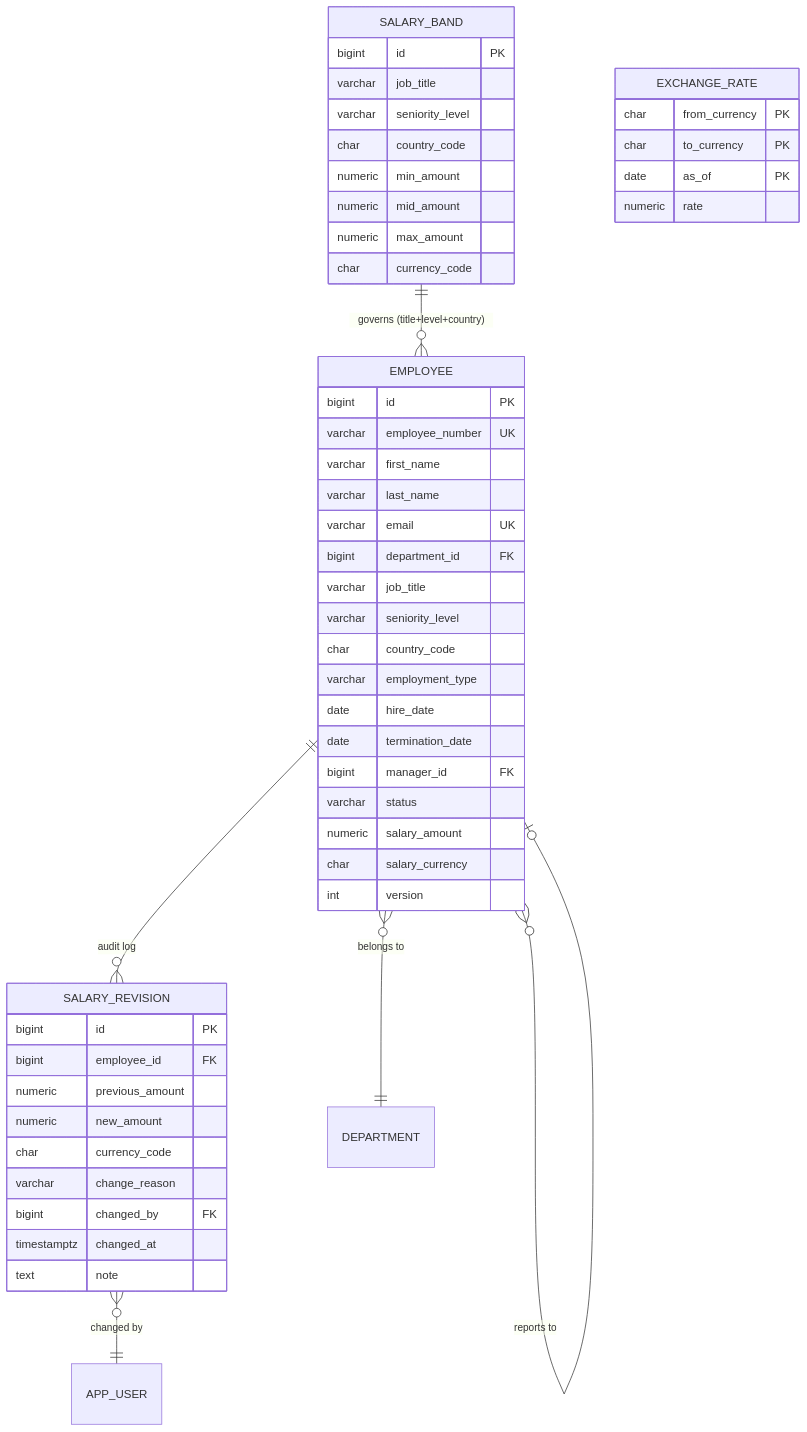
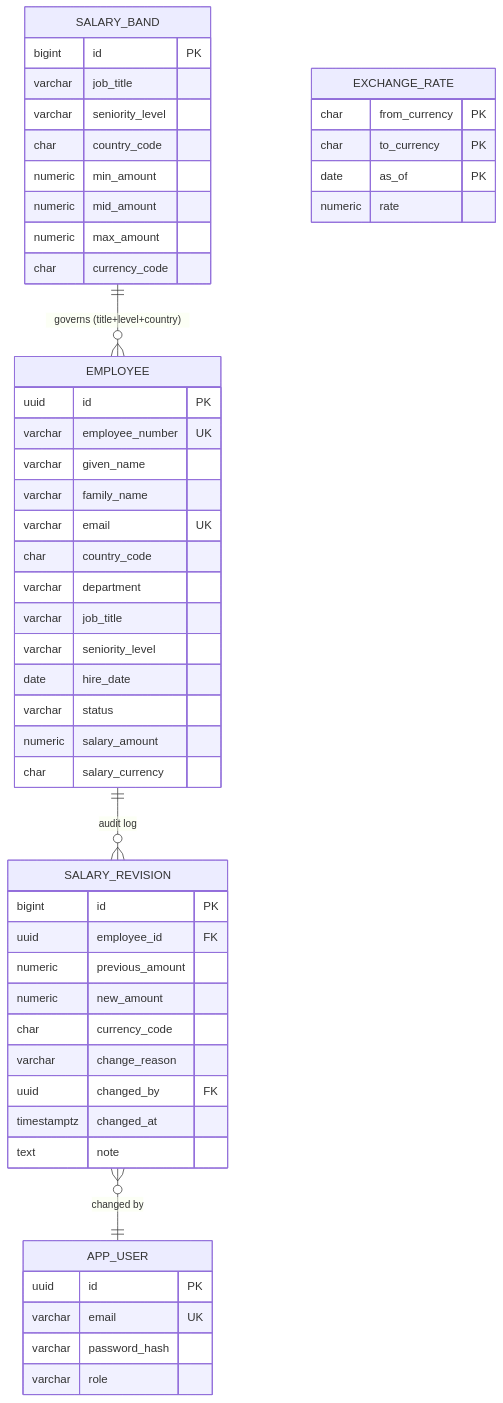
Before and after one commit to Ram-mane/Incubyte-Engineering-Assessment: the diagram in docs/05-DATA-MODEL.md, drawn with Mermaid. The commit also changed other lines of this file and 11 other files, not shown here.

First line of the commit message:
feat: add employee schema

````diff
--- a/docs/05-DATA-MODEL.md
+++ b/docs/05-DATA-MODEL.md
@@ -10,55 +10,55 @@
 ```mermaid
 erDiagram
     EMPLOYEE ||--o{ SALARY_REVISION : "audit log"
-    EMPLOYEE }o--|| DEPARTMENT : "belongs to"
-    EMPLOYEE }o--o| EMPLOYEE : "reports to"
     SALARY_BAND ||--o{ EMPLOYEE : "governs (title+level+country)"
     SALARY_REVISION }o--|| APP_USER : "changed by"
 
     EMPLOYEE {
-        bigint id PK
+        uuid id PK
         varchar employee_number UK
-        varchar first_name
-        varchar last_name
+        varchar given_name
+        varchar family_name
         varchar email UK
-        bigint department_id FK
+        char country_code
+        varchar department
         varchar job_title
         varchar seniority_level
-        char country_code
-        varchar employment_type
         date hire_date
-        date termination_date
-        bigint manager_id FK
         varchar status
         numeric salary_amount
         char salary_currency
-        int version
+    }
+    APP_USER {
+        uuid id PK
+        varchar email UK
+        varchar password_hash
+        varchar role
     }
     SALARY_REVISION {
         bigint id PK
-        bigint employee_id FK
+        uuid employee_id FK
         numeric previous_amount
         numeric new_amount
         char currency_code
         varchar change_reason
-        bigint changed_by FK
+        uuid changed_by FK
         timestamptz changed_at
         text note
     }
     SALARY_BAND {
         bigint id PK
         varchar job_title
         varchar seniority_level
         char country_code
         numeric min_amount
         numeric mid_amount
         numeric max_amount
         char currency_code
     }
     EXCHANGE_RATE {
         char from_currency PK
         char to_currency PK
         date as_of PK
         numeric rate
     }
 ```
````
